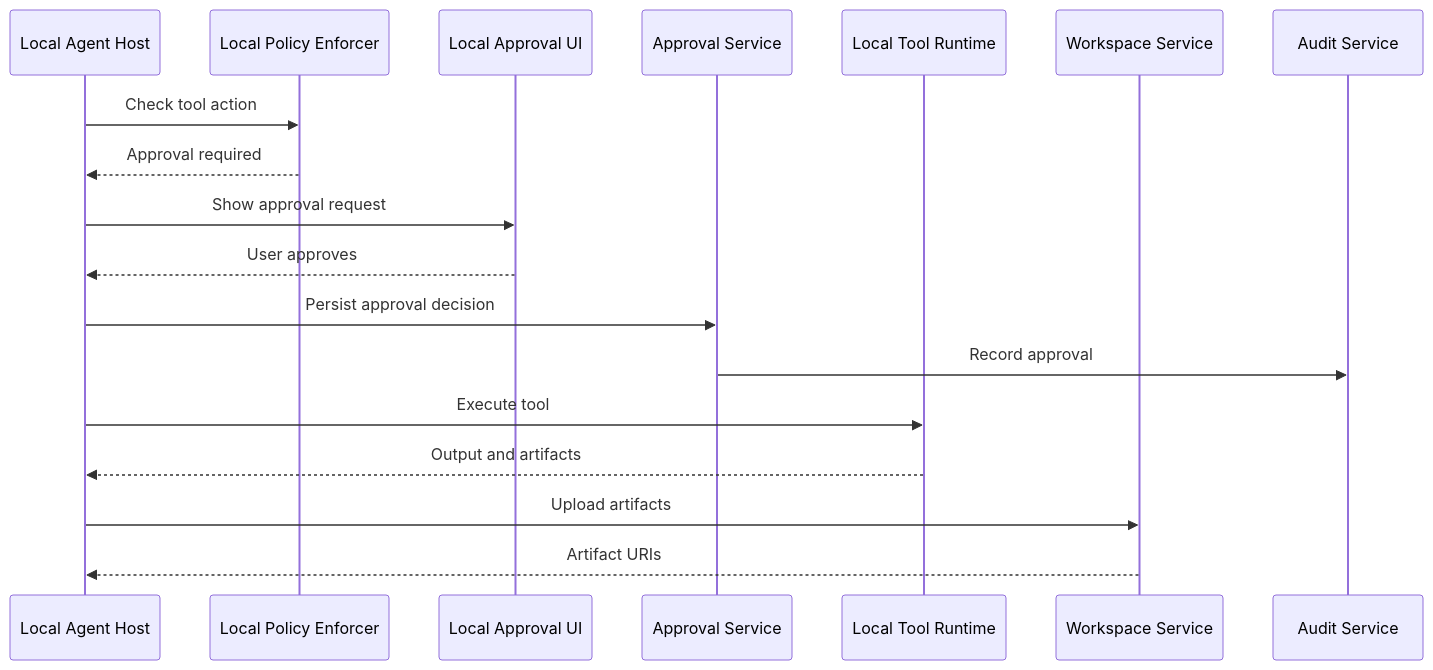
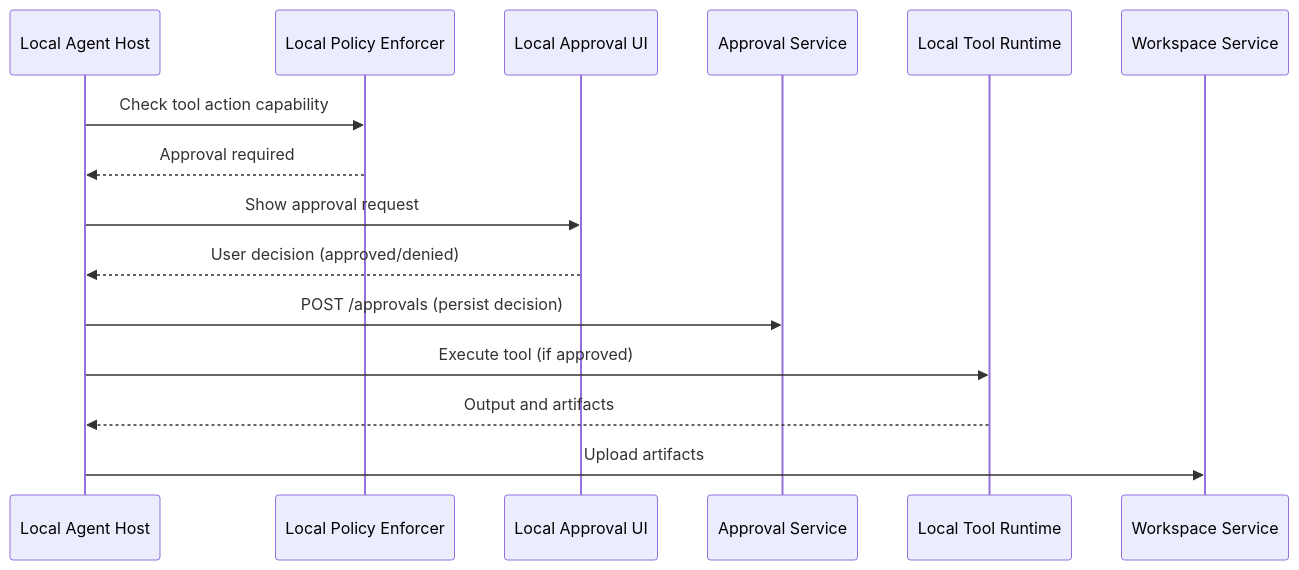
The fourth of 6 diagrams in local-agent-loop-design.md (suman724/local-agent-loop), drawn with Mermaid before and after one commit. The commit also changed other lines of this file and 7 other files, not shown here.

````diff
--- a/local-agent-loop-design.md
+++ b/local-agent-loop-design.md
@@ -714,21 +235,18 @@
 ```mermaid
 sequenceDiagram
   participant LocalAgentHost as Local Agent Host
   participant LocalPolicyEnforcer as Local Policy Enforcer
   participant LocalApprovalUI as Local Approval UI
   participant ApprovalService as Approval Service
   participant LocalToolRuntime as Local Tool Runtime
   participant WorkspaceService as Workspace Service
-  participant AuditService as Audit Service
 
-  LocalAgentHost->>LocalPolicyEnforcer: Check tool action
+  LocalAgentHost->>LocalPolicyEnforcer: Check tool action capability
   LocalPolicyEnforcer-->>LocalAgentHost: Approval required
   LocalAgentHost->>LocalApprovalUI: Show approval request
-  LocalApprovalUI-->>LocalAgentHost: User approves
-  LocalAgentHost->>ApprovalService: Persist approval decision
-  ApprovalService->>AuditService: Record approval
-  LocalAgentHost->>LocalToolRuntime: Execute tool
+  LocalApprovalUI-->>LocalAgentHost: User decision (approved/denied)
+  LocalAgentHost->>ApprovalService: POST /approvals (persist decision)
+  LocalAgentHost->>LocalToolRuntime: Execute tool (if approved)
   LocalToolRuntime-->>LocalAgentHost: Output and artifacts
   LocalAgentHost->>WorkspaceService: Upload artifacts
-  WorkspaceService-->>LocalAgentHost: Artifact URIs
 ```
````
